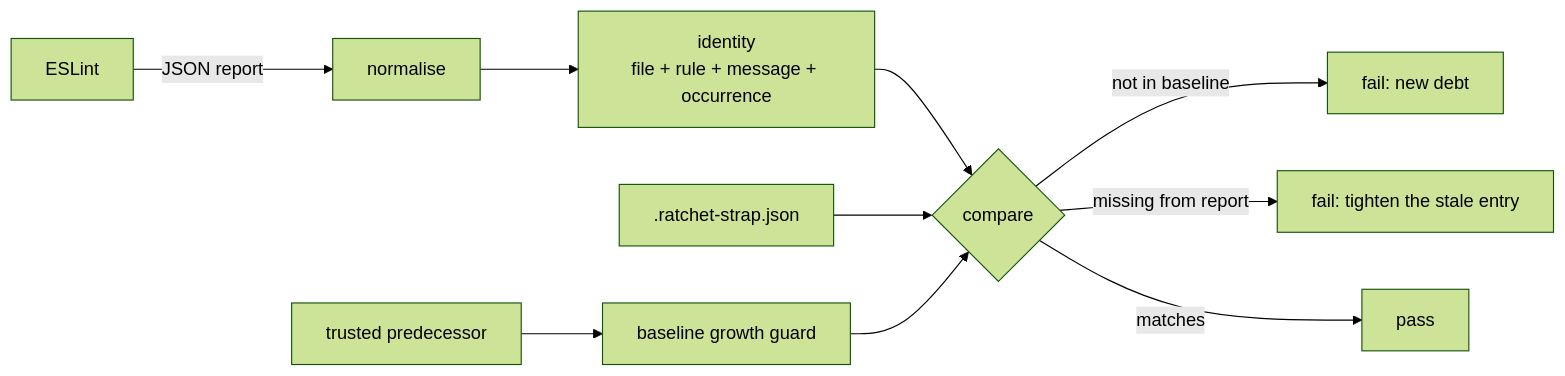
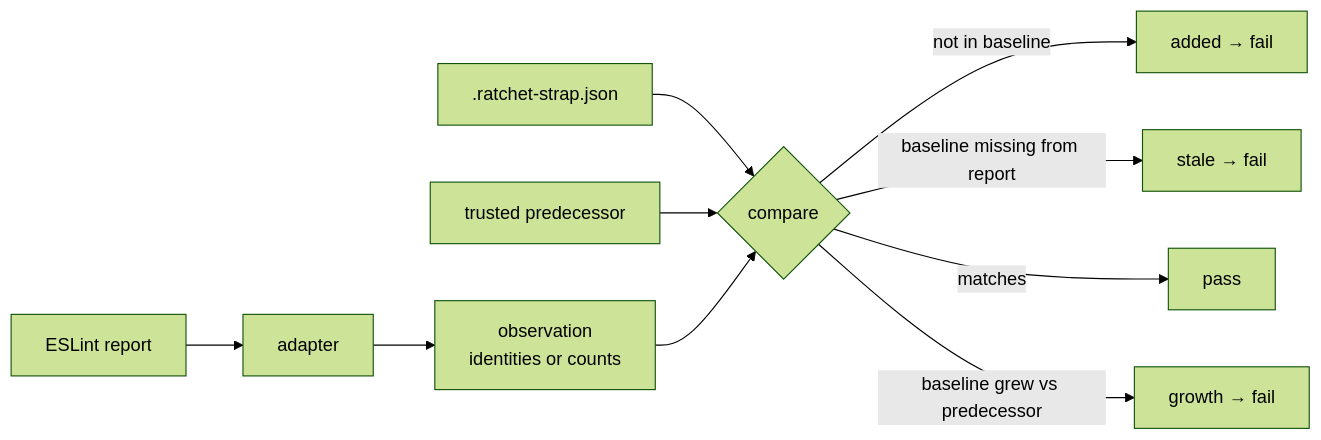
The diagram in README.md (chester-hill-solutions/ratchet-strap), drawn with Mermaid (forest theme) before and after one commit. The commit also changed other lines of this file and 71 other files, not shown here.

Commit message:
refactor: ship only identities and generic counts

````diff
--- a/README.md
+++ b/README.md
@@ -100,12 +80,12 @@
 ```mermaid
 flowchart LR
-  E[ESLint] -->|JSON report| N[normalise]
-  N --> I[identity<br>file + rule + message + occurrence]
-  I --> C{compare}
-  B[.ratchet-strap.json] --> C
-  C -->|not in baseline| F[fail: new debt]
-  C -->|missing from report| S[fail: tighten the stale entry]
+  E[ESLint report] --> A[adapter]
+  A --> O[observation<br/>identities or counts]
+  B[.ratchet-strap.json] --> C{compare}
+  P[trusted predecessor] --> C
+  O --> C
+  C -->|not in baseline| N[added → fail]
+  C -->|baseline missing from report| S[stale → fail]
   C -->|matches| OK[pass]
-  P[trusted predecessor] --> G[baseline growth guard]
-  G --> C
+  C -->|baseline grew vs predecessor| G[growth → fail]
 ```
````
